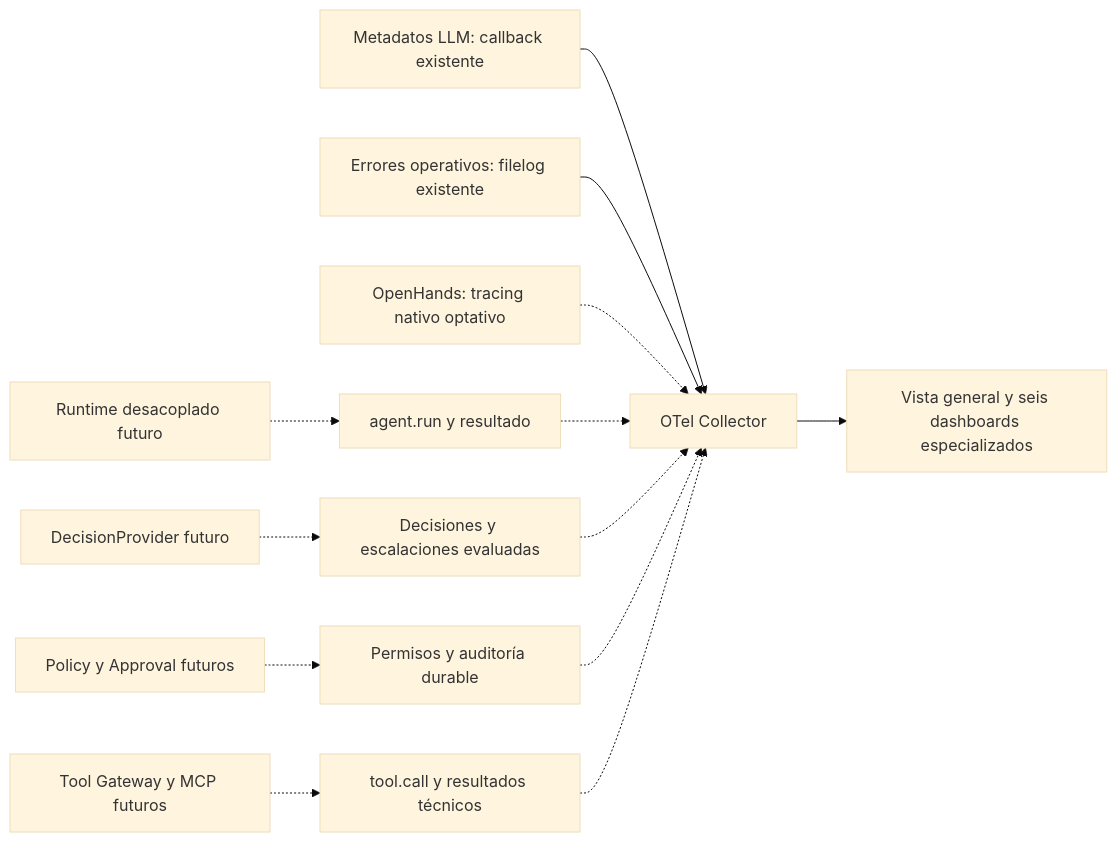
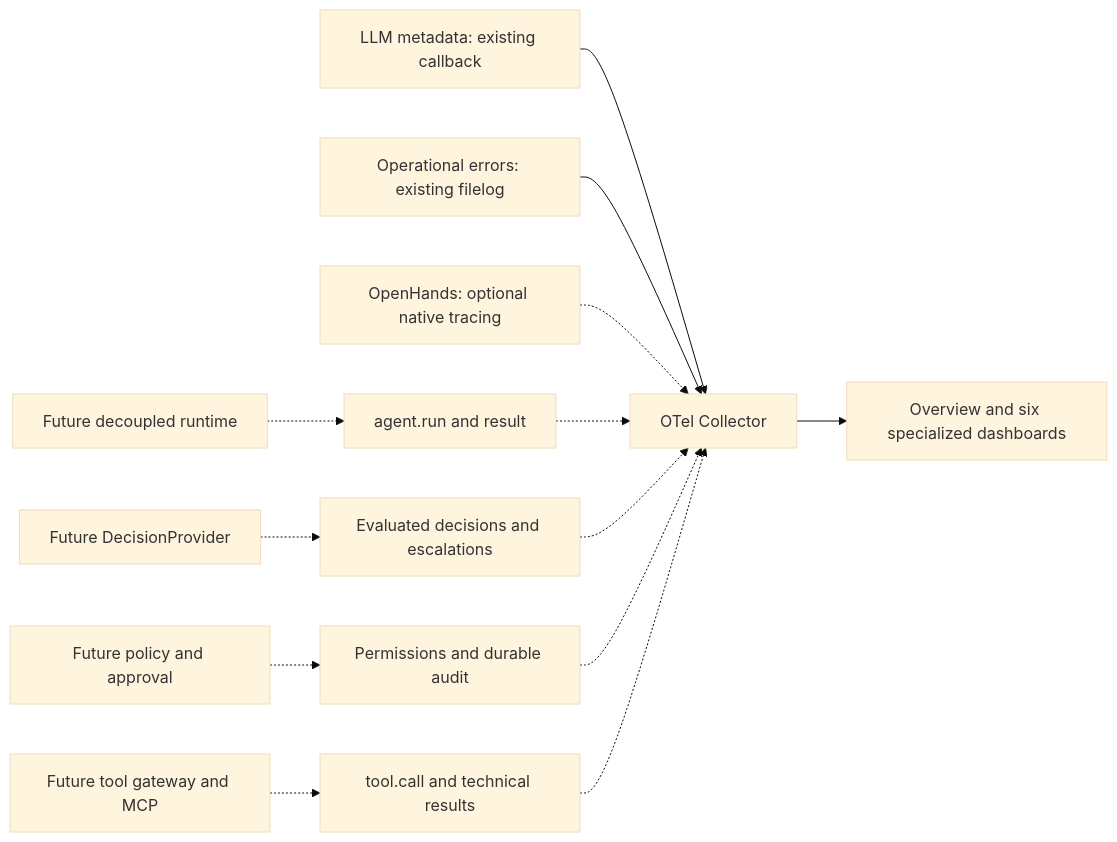
One commit to alejandro-onatra/local-agent-platform changed the fifth of 8 diagrams in docs/architecture/observability_diagrams.md. Above: the diagram before and after it, drawn with Mermaid (base theme). The commit also changed other lines of this file and 32 other files, not shown here.

````diff
--- a/docs/architecture/observability_diagrams.md
+++ b/docs/architecture/observability_diagrams.md
@@ -112,15 +112,15 @@
 ```mermaid
 flowchart LR
-    LLM[Metadatos LLM: callback existente] --> OTel[OTel Collector]
-    Logs[Errores operativos: filelog existente] --> OTel
-    Native[OpenHands: tracing nativo optativo] -.-> OTel
-    Runtime[Runtime desacoplado futuro] -.-> Run[agent.run y resultado]
-    Decisions[DecisionProvider futuro] -.-> Decision[Decisiones y escalaciones evaluadas]
-    Policy[Policy y Approval futuros] -.-> Security[Permisos y auditoría durable]
-    Tools[Tool Gateway y MCP futuros] -.-> Tool[tool.call y resultados técnicos]
+    LLM[LLM metadata: existing callback] --> OTel[OTel Collector]
+    Logs[Operational errors: existing filelog] --> OTel
+    Native[OpenHands: optional native tracing] -.-> OTel
+    Runtime[Future decoupled runtime] -.-> Run[agent.run and result]
+    Decisions[Future DecisionProvider] -.-> Decision[Evaluated decisions and escalations]
+    Policy[Future policy and approval] -.-> Security[Permissions and durable audit]
+    Tools[Future tool gateway and MCP] -.-> Tool[tool.call and technical results]
     Run -.-> OTel
     Decision -.-> OTel
     Security -.-> OTel
     Tool -.-> OTel
-    OTel --> Dash[Vista general y seis dashboards especializados]
+    OTel --> Dash[Overview and six specialized dashboards]
 ```
````
